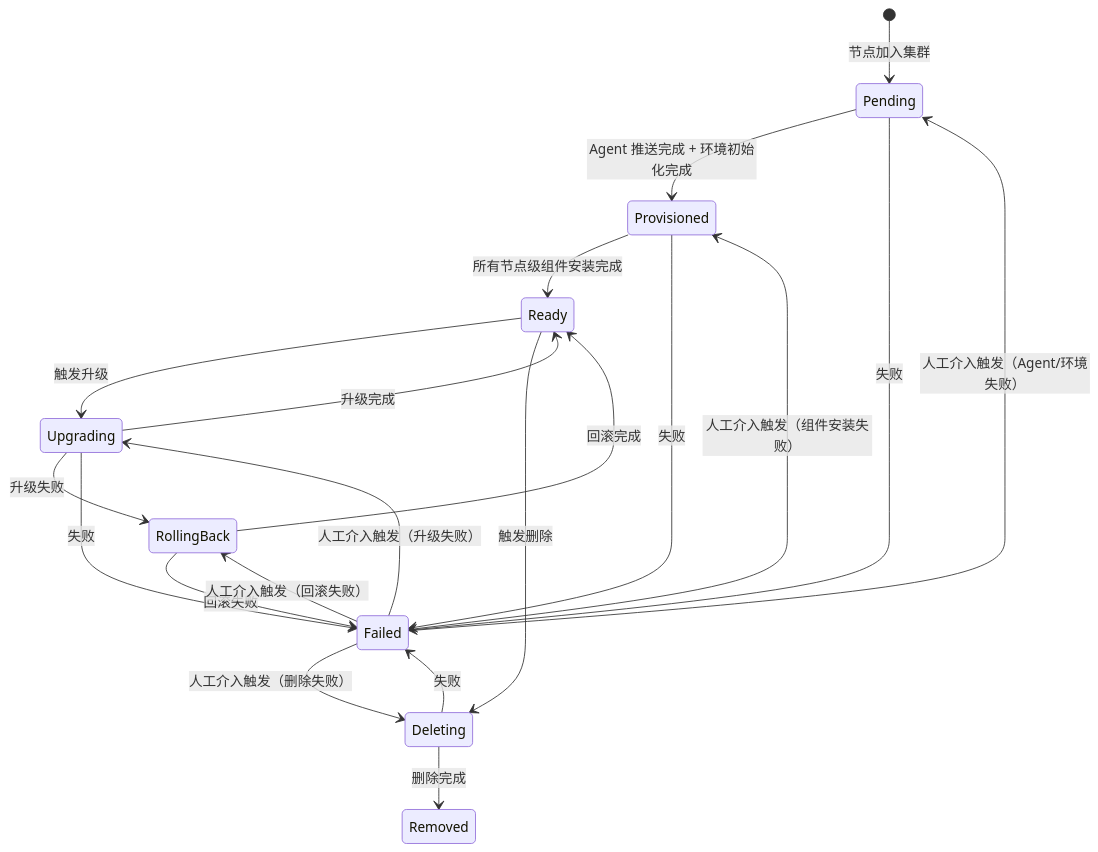
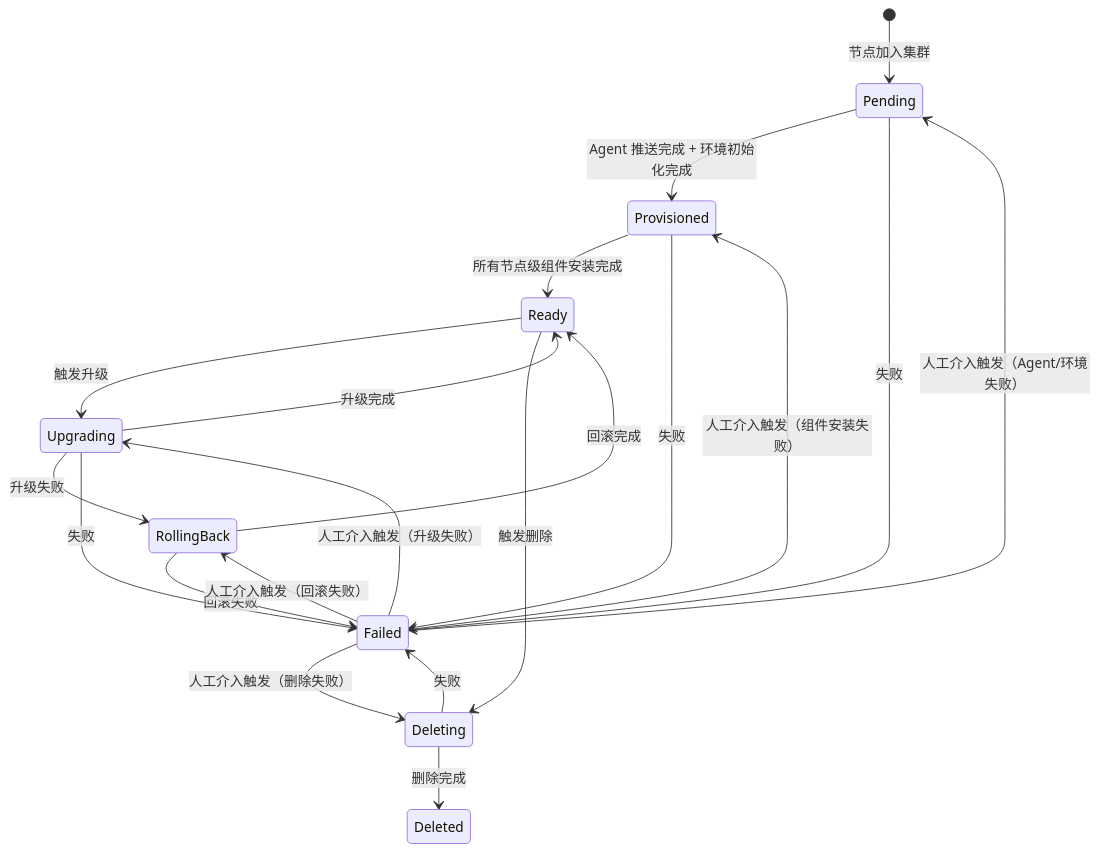
Before and after one commit to javadoors/cluster-api-provider-bke: the second of 3 diagrams in code/kep/kep6/kep6-state-machine-v3.md, drawn with Mermaid. The commit also changed other lines of this file, not shown here.

First line of the commit message:
docs: unify delete state naming to Deleted

````diff
--- a/code/kep/kep6/kep6-state-machine-v3.md
+++ b/code/kep/kep6/kep6-state-machine-v3.md
@@ -642,29 +642,29 @@
 ```mermaid
 stateDiagram-v2
     [*] --> Pending : 节点加入集群
     
     Pending --> Provisioned : Agent 推送完成 + 环境初始化完成
     Pending --> Failed : 失败
     
     Provisioned --> Ready : 所有节点级组件安装完成
     Provisioned --> Failed : 失败
     
     Ready --> Upgrading : 触发升级
     Ready --> Deleting : 触发删除
     
     Upgrading --> Ready : 升级完成
     Upgrading --> RollingBack : 升级失败
     Upgrading --> Failed : 失败
     
     RollingBack --> Ready : 回滚完成
     RollingBack --> Failed : 回滚失败
     
-    Deleting --> Removed : 删除完成
+    Deleting --> Deleted : 删除完成
     Deleting --> Failed : 失败
     
     Failed --> Pending : 人工介入触发（Agent/环境失败）
     Failed --> Provisioned : 人工介入触发（组件安装失败）
     Failed --> Upgrading : 人工介入触发（升级失败）
     Failed --> RollingBack : 人工介入触发（回滚失败）
     Failed --> Deleting : 人工介入触发（删除失败）
 ```
````
